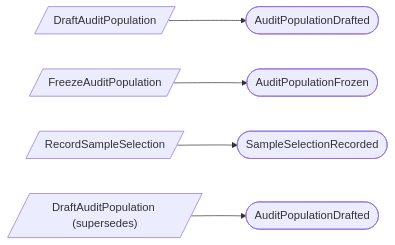
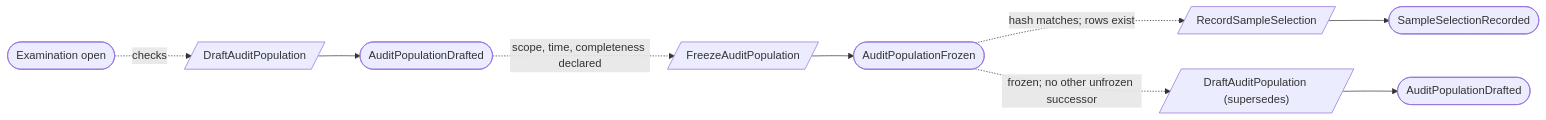
One commit to bdgrz/compliance-core changed the sixth of 7 diagrams in docs/proposed/contexts/auditor-collaboration.md. Above: the diagram before and after it, drawn with Mermaid. The commit also changed other lines of this file and 310 other files, not shown here.

````diff
--- a/docs/proposed/contexts/auditor-collaboration.md
+++ b/docs/proposed/contexts/auditor-collaboration.md
@@ -254,7 +275,8 @@
 ```mermaid
 flowchart LR
+    X0([Examination open]) -. checks .-> C1
     C1[/DraftAuditPopulation/] --> E1([AuditPopulationDrafted])
-    C2[/FreezeAuditPopulation/] --> E2([AuditPopulationFrozen])
-    C3[/RecordSampleSelection/] --> E3([SampleSelectionRecorded])
-    C4[/"DraftAuditPopulation (supersedes)"/] --> E4([AuditPopulationDrafted])
+    E1 -. "scope, time, completeness declared" .-> C2[/FreezeAuditPopulation/] --> E2([AuditPopulationFrozen])
+    E2 -. "hash matches; rows exist" .-> C3[/RecordSampleSelection/] --> E3([SampleSelectionRecorded])
+    E2 -. "frozen; no other unfrozen successor" .-> C4[/"DraftAuditPopulation (supersedes)"/] --> E4([AuditPopulationDrafted])
 ```
````
